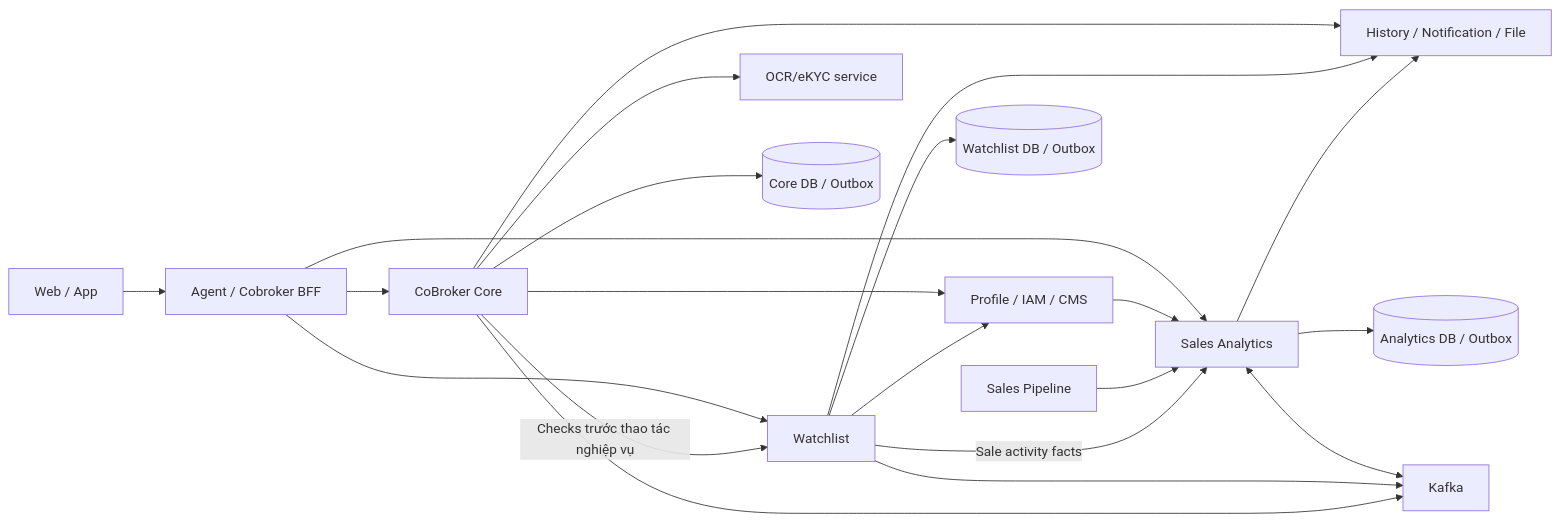
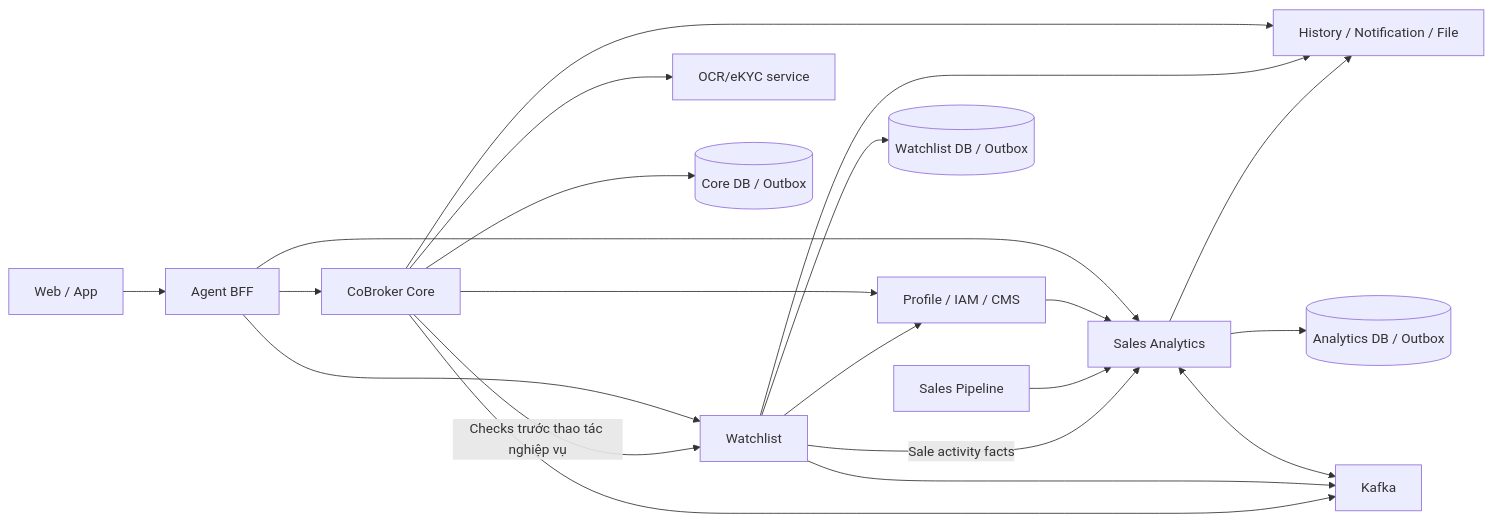
Before and after one commit to huynv-xyz/vhm-tdd: the diagram in cobroker/diagrams/cobroker-01.mmd, drawn with Mermaid. The commit also changed 10 other files, not shown here.

Commit message:
docs: identify Agent BFF as the single BFF

```diff
--- a/cobroker/diagrams/cobroker-01.mmd
+++ b/cobroker/diagrams/cobroker-01.mmd
@@ -1,21 +1,21 @@
 flowchart LR
-    U["Web / App"] --> B["Agent / Cobroker BFF"]
+    U["Web / App"] --> B["Agent BFF"]
     B --> C["CoBroker Core"]
     B --> A["Sales Analytics"]
     B --> W["Watchlist"]
     C -->|"Checks trước thao tác nghiệp vụ"| W
     C --> E["OCR/eKYC service"]
     C --> P["Profile / IAM / CMS"]
     P --> A
     D["Sales Pipeline"] --> A
     W -->|"Sale activity facts"| A
     W --> P
     C --> H["History / Notification / File"]
     W --> H
     A --> H
     C --> CD[("Core DB / Outbox")]
     A --> AD[("Analytics DB / Outbox")]
     W --> WD[("Watchlist DB / Outbox")]
     A <--> K["Kafka"]
     W --> K
     C --> K
```
